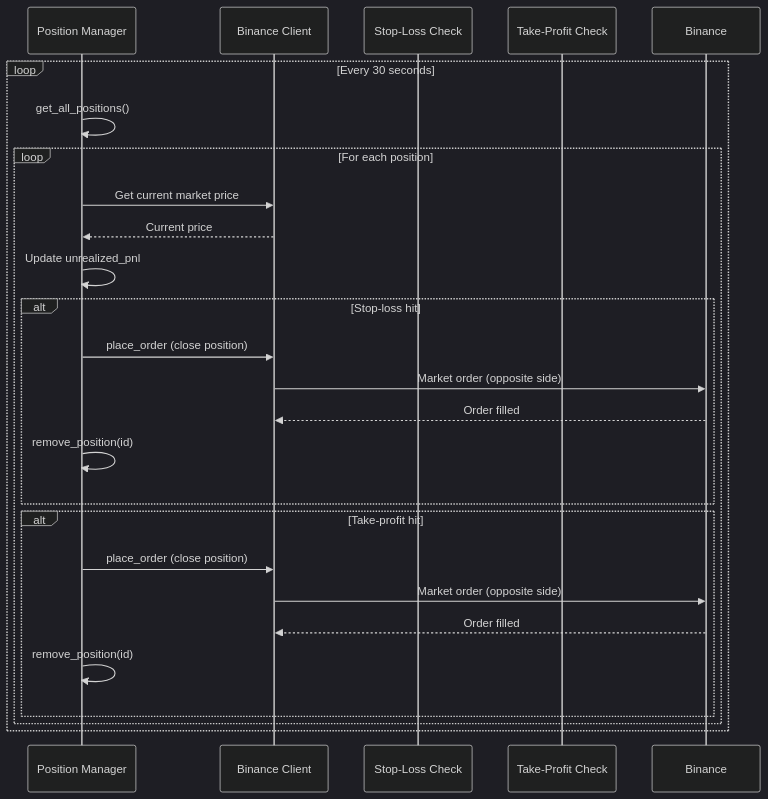
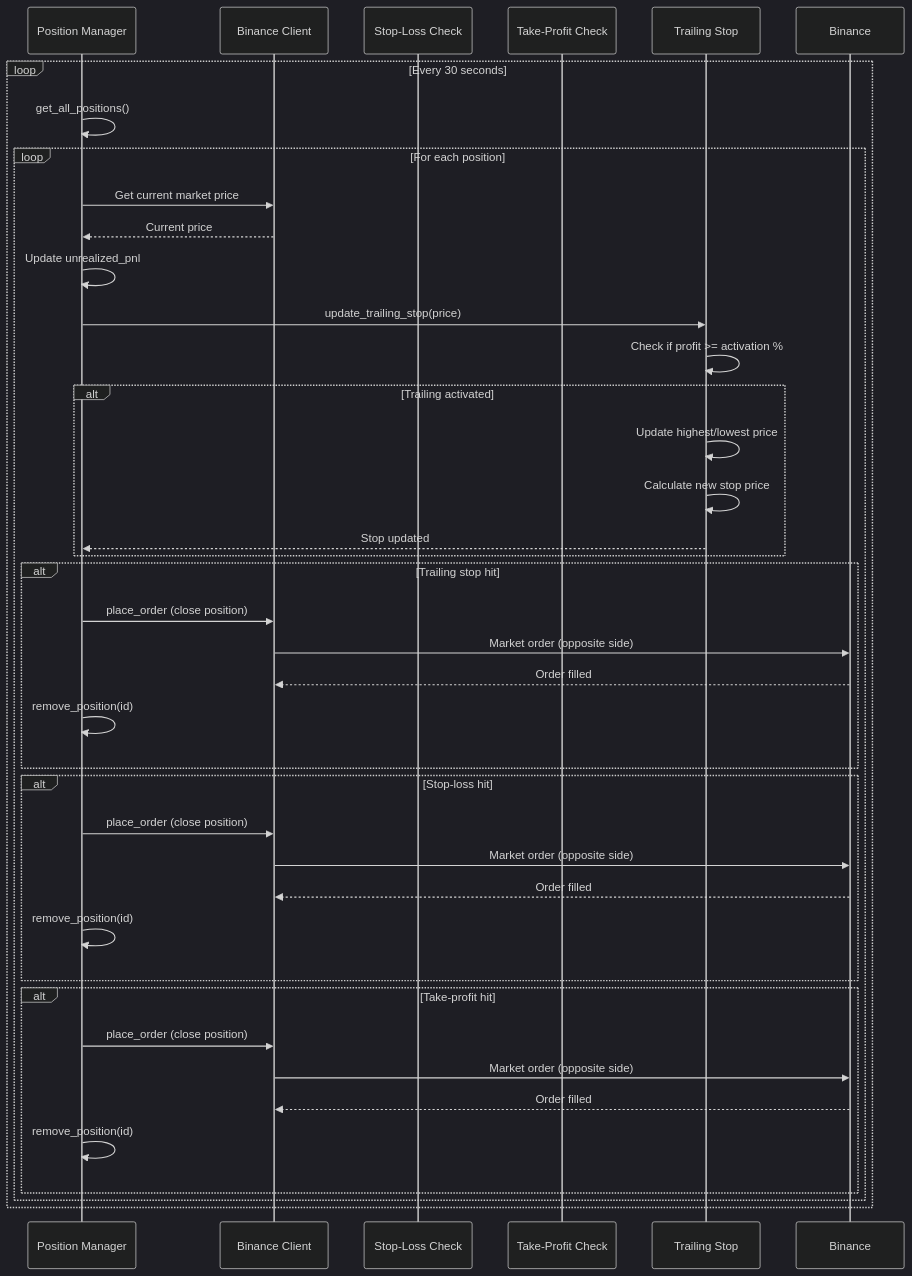
The third of 4 diagrams in specs/02-design/2.5-components/COMP-RUST-TRADING.md (magic-ai-trading-bot/bot-core), drawn with Mermaid (dark theme) before and after one commit. The commit also changed other lines of this file and 99 other files, not shown here.

````diff
--- a/specs/02-design/2.5-components/COMP-RUST-TRADING.md
+++ b/specs/02-design/2.5-components/COMP-RUST-TRADING.md
@@ -490,32 +505,48 @@
 ```mermaid
 sequenceDiagram
     participant PM as Position Manager
     participant BC as Binance Client
     participant SL as Stop-Loss Check
     participant TP as Take-Profit Check
+    participant TS as Trailing Stop
 
     loop Every 30 seconds
         PM->>PM: get_all_positions()
 
         loop For each position
             PM->>BC: Get current market price
             BC-->>PM: Current price
 
             PM->>PM: Update unrealized_pnl
+
+            PM->>TS: update_trailing_stop(price)
+            TS->>TS: Check if profit >= activation %
+            alt Trailing activated
+                TS->>TS: Update highest/lowest price
+                TS->>TS: Calculate new stop price
+                TS-->>PM: Stop updated
+            end
+
+            alt Trailing stop hit
+                PM->>BC: place_order (close position)
+                BC->>Binance: Market order (opposite side)
+                Binance-->>BC: Order filled
+                PM->>PM: remove_position(id)
+            end
 
             alt Stop-loss hit
                 PM->>BC: place_order (close position)
                 BC->>Binance: Market order (opposite side)
                 Binance-->>BC: Order filled
                 PM->>PM: remove_position(id)
             end
 
             alt Take-profit hit
                 PM->>BC: place_order (close position)
                 BC->>Binance: Market order (opposite side)
                 Binance-->>BC: Order filled
                 PM->>PM: remove_position(id)
             end
         end
     end
 ```
````
